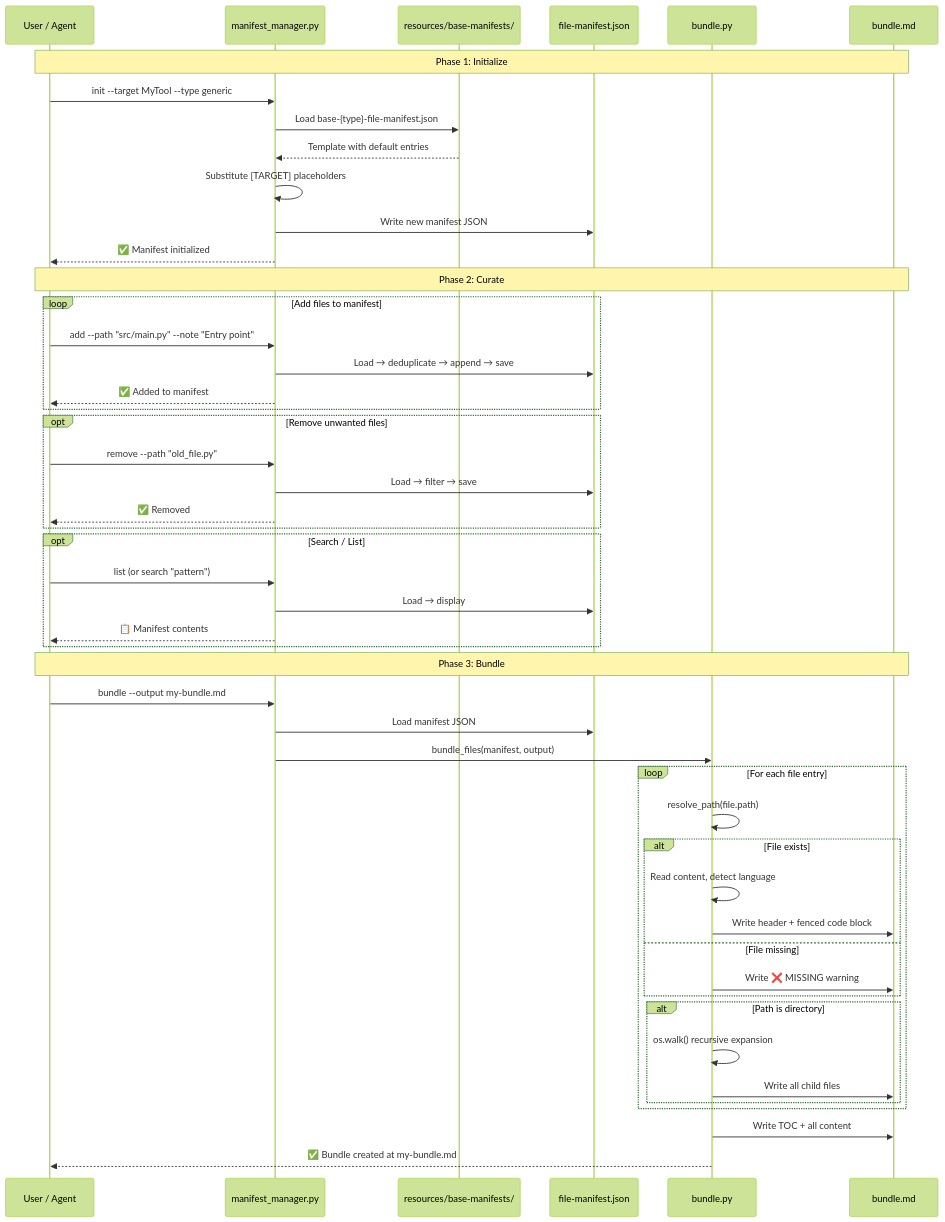
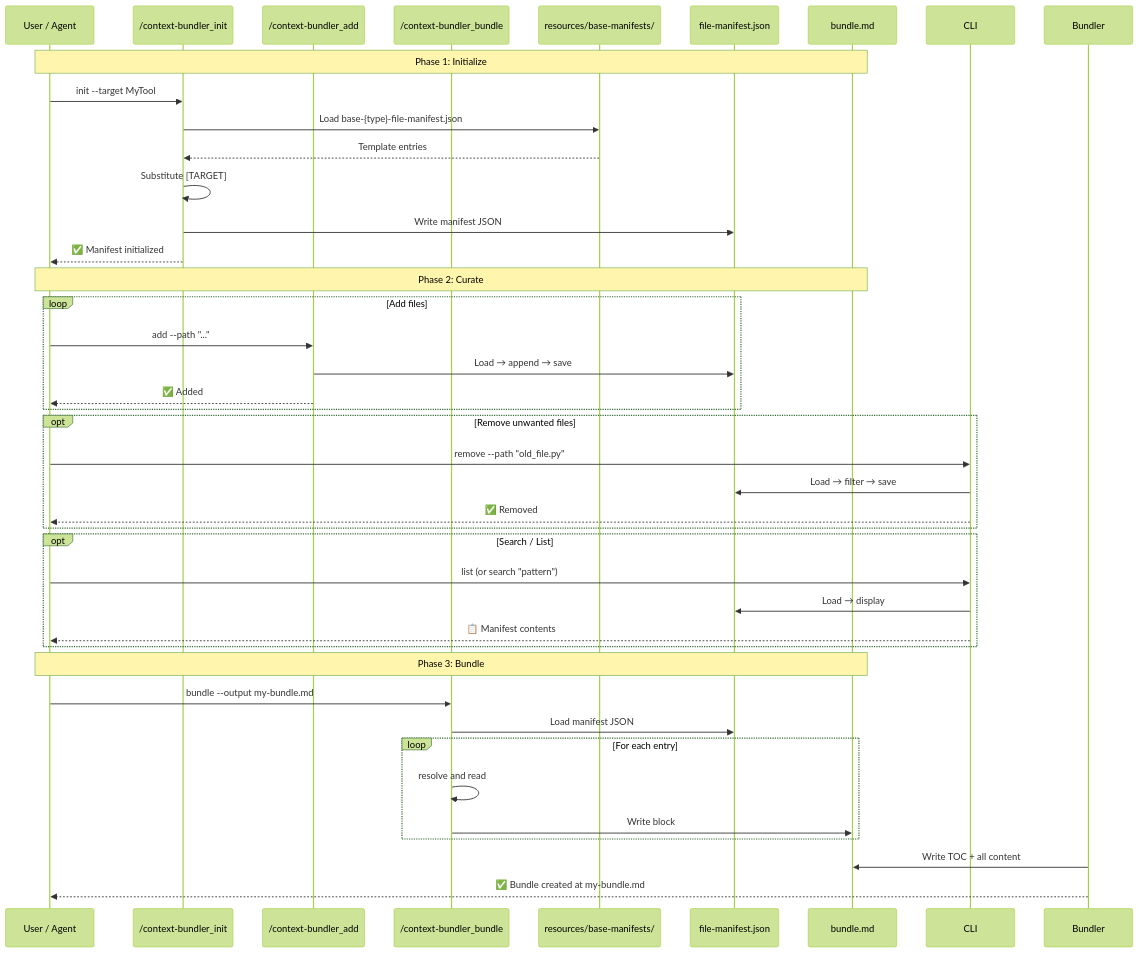
Before and after one commit to richfrem/Project_Sanctuary: the diagram in plugins/context-bundler/docs/context-bundler-workflow.mmd, drawn with Mermaid (forest theme). The commit also changed 547 other files, not shown here.

```diff
--- a/plugins/context-bundler/docs/context-bundler-workflow.mmd
+++ b/plugins/context-bundler/docs/context-bundler-workflow.mmd
@@ -1,57 +1,48 @@
 sequenceDiagram
     participant User as User / Agent
-    participant CLI as manifest_manager.py
+    participant Init as /context-bundler_init
+    participant Add as /context-bundler_add
+    participant Bundle as /context-bundler_bundle
     participant Templates as resources/base-manifests/
     participant Manifest as file-manifest.json
-    participant Bundler as bundle.py
     participant Output as bundle.md
 
     Note over User, Output: Phase 1: Initialize
 
-    User->>CLI: init --target MyTool --type generic
-    CLI->>Templates: Load base-{type}-file-manifest.json
-    Templates-->>CLI: Template with default entries
-    CLI->>CLI: Substitute [TARGET] placeholders
-    CLI->>Manifest: Write new manifest JSON
-    CLI-->>User: ✅ Manifest initialized
+    User->>Init: init --target MyTool
+    Init->>Templates: Load base-{type}-file-manifest.json
+    Templates-->>Init: Template entries
+    Init->>Init: Substitute [TARGET]
+    Init->>Manifest: Write manifest JSON
+    Init-->>User: ✅ Manifest initialized
 
     Note over User, Output: Phase 2: Curate
 
-    loop Add files to manifest
-        User->>CLI: add --path "src/main.py" --note "Entry point"
-        CLI->>Manifest: Load → deduplicate → append → save
-        CLI-->>User: ✅ Added to manifest
+    loop Add files
+        User->>Add: add --path "..."
+        Add->>Manifest: Load → append → save
+        Add-->>User: ✅ Added
     end
 
     opt Remove unwanted files
         User->>CLI: remove --path "old_file.py"
         CLI->>Manifest: Load → filter → save
         CLI-->>User: ✅ Removed
     end
 
     opt Search / List
         User->>CLI: list (or search "pattern")
         CLI->>Manifest: Load → display
         CLI-->>User: 📋 Manifest contents
     end
 
     Note over User, Output: Phase 3: Bundle
 
-    User->>CLI: bundle --output my-bundle.md
-    CLI->>Manifest: Load manifest JSON
-    CLI->>Bundler: bundle_files(manifest, output)
-    loop For each file entry
-        Bundler->>Bundler: resolve_path(file.path)
-        alt File exists
-            Bundler->>Bundler: Read content, detect language
-            Bundler->>Output: Write header + fenced code block
-        else File missing
-            Bundler->>Output: Write ❌ MISSING warning
-        end
-        alt Path is directory
-            Bundler->>Bundler: os.walk() recursive expansion
-            Bundler->>Output: Write all child files
-        end
+    User->>Bundle: bundle --output my-bundle.md
+    Bundle->>Manifest: Load manifest JSON
+    loop For each entry
+        Bundle->>Bundle: resolve and read
+        Bundle->>Output: Write block
     end
     Bundler->>Output: Write TOC + all content
     Bundler-->>User: ✅ Bundle created at my-bundle.md
```
